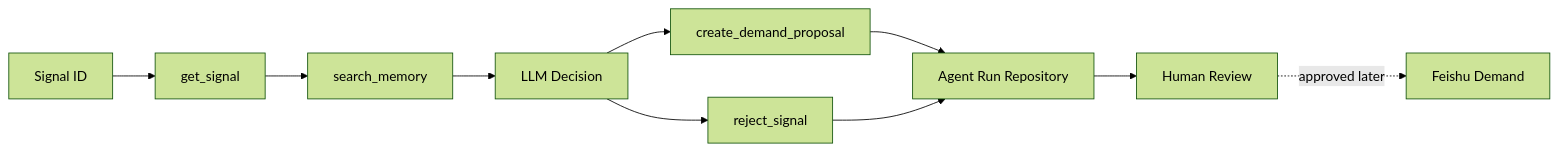
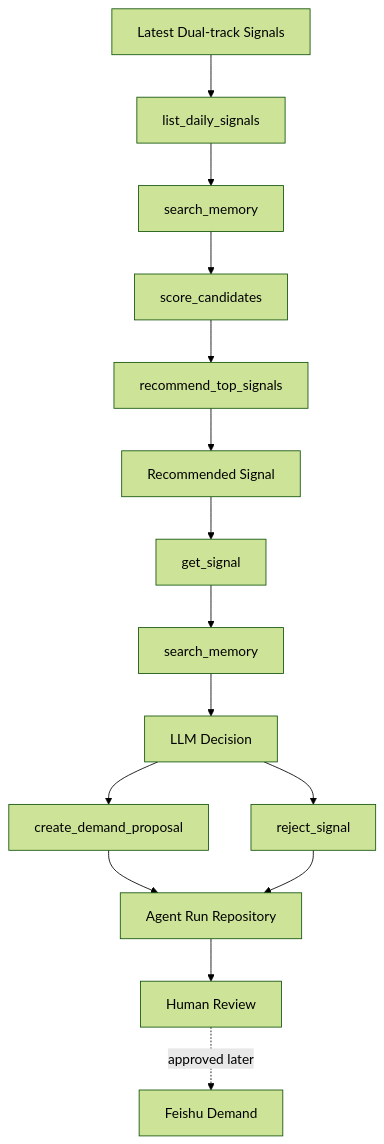
Before and after one commit to bbc804208302/AIPM-: the fifth of 5 diagrams in README.md, drawn with Mermaid (forest theme). The commit also changed other lines of this file and 20 other files, not shown here.

````diff
--- a/README.md
+++ b/README.md
@@ -312,12 +312,17 @@
 ```mermaid
-flowchart LR
-  S[Signal ID] --> GS[get_signal]
+flowchart TB
+  DS[Latest Dual-track Signals] --> LS[list_daily_signals]
+  LS --> TM[search_memory]
+  TM --> SC[score_candidates]
+  SC --> RT[recommend_top_signals]
+  RT --> S[Recommended Signal]
+  S --> GS[get_signal]
   GS --> SM[search_memory]
   SM --> LLM[LLM Decision]
   LLM --> DP[create_demand_proposal]
   LLM --> RJ[reject_signal]
   DP --> AR[Agent Run Repository]
   RJ --> AR
   AR --> HR[Human Review]
   HR -. approved later .-> FD[Feishu Demand]
 ```
````
